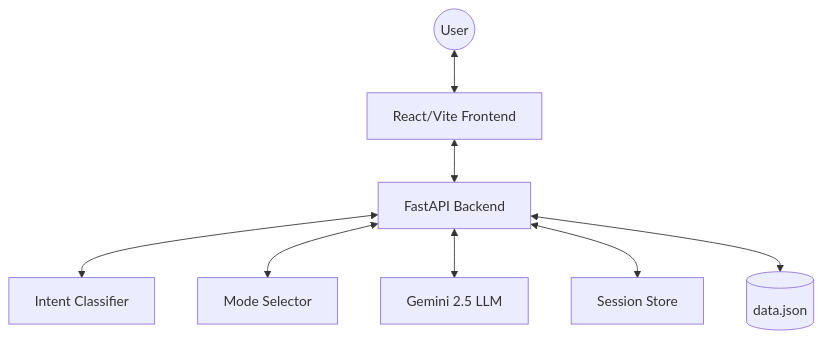
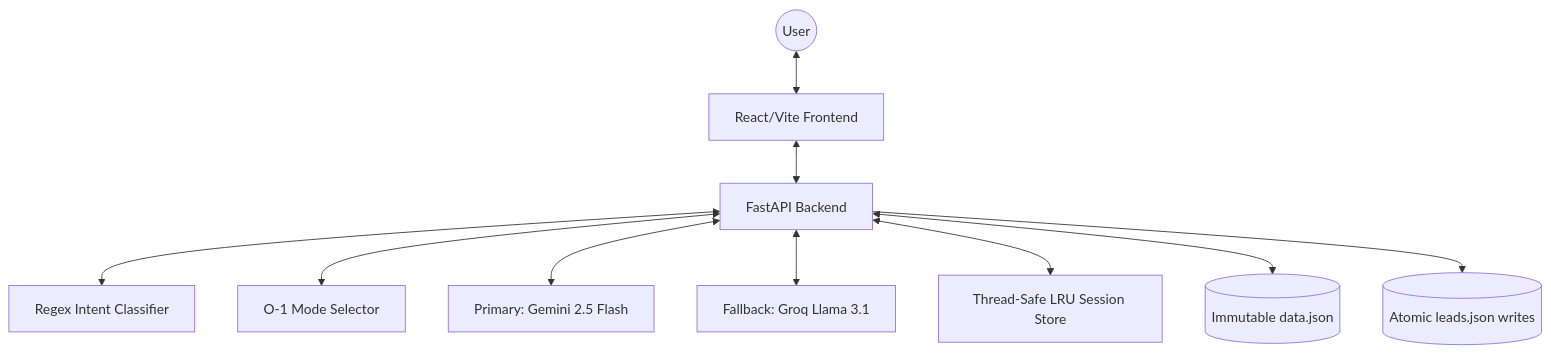
The diagram in README.md (SachinGuptaTWS/NOVA), drawn with Mermaid before and after one commit. The commit also changed other lines of this file, not shown here.

Commit message:
Update README and final docs

````diff
--- a/README.md
+++ b/README.md
@@ -7,10 +7,12 @@
 ```mermaid
 graph TD
     User((User)) <--> Frontend[React/Vite Frontend]
     Frontend <--> API[FastAPI Backend]
-    API <--> Intent[Intent Classifier]
-    API <--> Selector[Mode Selector]
-    API <--> LLM[Gemini 2.5 LLM]
-    API <--> Store[Session Store]
-    API <--> Data[(data.json)]
+    API <--> Intent[Regex Intent Classifier]
+    API <--> Selector[O-1 Mode Selector]
+    API <--> LLM[Primary: Gemini 2.5 Flash]
+    API <--> Groq[Fallback: Groq Llama 3.1]
+    API <--> Store[Thread-Safe LRU Session Store]
+    API <--> Data[(Immutable data.json)]
+    API --> Leads[(Atomic leads.json writes)]
 ```
````
